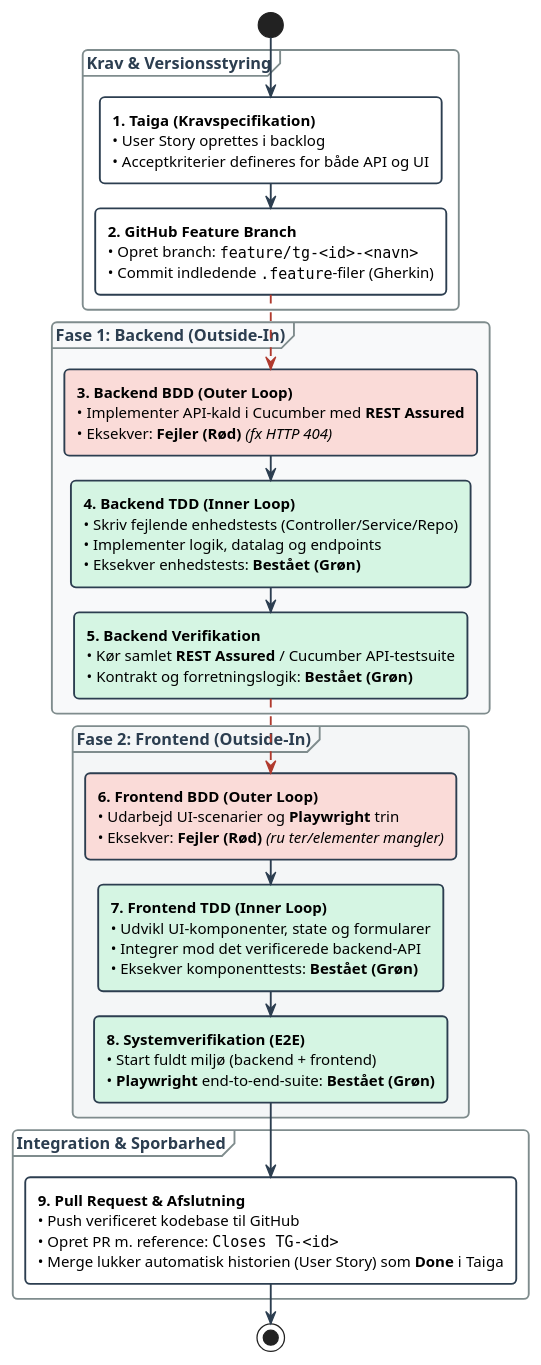
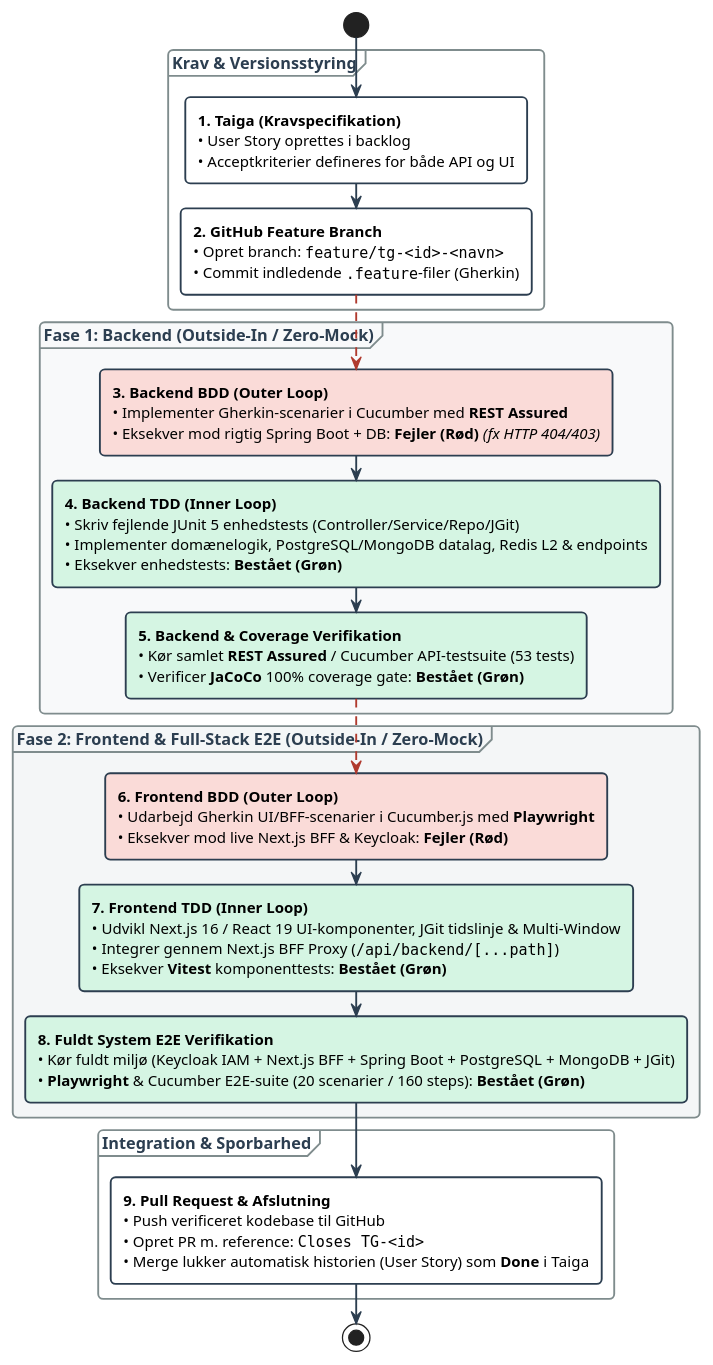
One commit to 7-3-N-3-7/api changed the diagram in infrastructure/diagrams/bdd-tdd-workflow.puml. Above: the diagram before and after it, drawn with PlantUML. The commit also changed 15 other files, not shown here.

First line of the commit message:
Enhance architecture diagrams and domain models

```diff
--- a/infrastructure/diagrams/bdd-tdd-workflow.puml
+++ b/infrastructure/diagrams/bdd-tdd-workflow.puml
@@ -1,75 +1,75 @@
 @startuml
 skinparam defaultFontName Arial
 skinparam defaultFontSize 12
 skinparam roundCorner 8
 skinparam shadowing false
 skinparam ArrowColor #2C3E50
 skinparam ArrowThickness 1.5
 
 skinparam activity {
     BackgroundColor #FFFFFF
     BorderColor #2C3E50
     BorderThickness 1.5
 }
 
 skinparam partition {
     BorderColor #7F8C8D
     FontColor #2C3E50
     FontStyle bold
     FontSize 13
 }
 
 start
 
 partition "**Krav & Versionsstyring**" {
     :<b>1. Taiga (Kravspecifikation)</b>
     • User Story oprettes i backlog
     • Acceptkriterier defineres for både API og UI;
 
     :<b>2. GitHub Feature Branch</b>
     • Opret branch: ""feature/tg-<id>-<navn>""
     • Commit indledende "".feature""-filer (Gherkin);
 }
 
-partition "**Fase 1: Backend (Outside-In)**" #F8F9FA {
+partition "**Fase 1: Backend (Outside-In / Zero-Mock)**" #F8F9FA {
     -[#B03A2E,dashed]->
     #FADBD8:<b>3. Backend BDD (Outer Loop)</b>
-    • Implementer API-kald i Cucumber med **REST Assured**
-    • Eksekver: **Fejler (Rød)** //(fx HTTP 404)//;
+    • Implementer Gherkin-scenarier i Cucumber med **REST Assured**
+    • Eksekver mod rigtig Spring Boot + DB: **Fejler (Rød)** //(fx HTTP 404/403)//;
     
     #D5F5E3:<b>4. Backend TDD (Inner Loop)</b>
-    • Skriv fejlende enhedstests (Controller/Service/Repo)
-    • Implementer logik, datalag og endpoints
+    • Skriv fejlende JUnit 5 enhedstests (Controller/Service/Repo/JGit)
+    • Implementer domænelogik, PostgreSQL/MongoDB datalag, Redis L2 & endpoints
     • Eksekver enhedstests: **Bestået (Grøn)**;
 
-    #D5F5E3:<b>5. Backend Verifikation</b>
-    • Kør samlet **REST Assured** / Cucumber API-testsuite
-    • Kontrakt og forretningslogik: **Bestået (Grøn)**;
+    #D5F5E3:<b>5. Backend & Coverage Verifikation</b>
+    • Kør samlet **REST Assured** / Cucumber API-testsuite (53 tests)
+    • Verificer **JaCoCo** 100% coverage gate: **Bestået (Grøn)**;
 }
 
-partition "**Fase 2: Frontend (Outside-In)**" #F4F6F7 {
+partition "**Fase 2: Frontend & Full-Stack E2E (Outside-In / Zero-Mock)**" #F4F6F7 {
     -[#B03A2E,dashed]->
     #FADBD8:<b>6. Frontend BDD (Outer Loop)</b>
-    • Udarbejd UI-scenarier og **Playwright** trin
-    • Eksekver: **Fejler (Rød)** //(ru ter/elementer mangler)//;
+    • Udarbejd Gherkin UI/BFF-scenarier i Cucumber.js med **Playwright**
+    • Eksekver mod live Next.js BFF & Keycloak: **Fejler (Rød)**;
 
     #D5F5E3:<b>7. Frontend TDD (Inner Loop)</b>
-    • Udvikl UI-komponenter, state og formularer
-    • Integrer mod det verificerede backend-API
-    • Eksekver komponenttests: **Bestået (Grøn)**;
+    • Udvikl Next.js 16 / React 19 UI-komponenter, JGit tidslinje & Multi-Window
+    • Integrer gennem Next.js BFF Proxy (""/api/backend/[...path]"")
+    • Eksekver **Vitest** komponenttests: **Bestået (Grøn)**;
 
-    #D5F5E3:<b>8. Systemverifikation (E2E)</b>
-    • Start fuldt miljø (backend + frontend)
-    • **Playwright** end-to-end-suite: **Bestået (Grøn)**;
+    #D5F5E3:<b>8. Fuldt System E2E Verifikation</b>
+    • Kør fuldt miljø (Keycloak IAM + Next.js BFF + Spring Boot + PostgreSQL + MongoDB + JGit)
+    • **Playwright** & Cucumber E2E-suite (20 scenarier / 160 steps): **Bestået (Grøn)**;
 }
 
 partition "**Integration & Sporbarhed**" {
     :<b>9. Pull Request & Afslutning</b>
     • Push verificeret kodebase til GitHub
     • Opret PR m. reference: ""Closes TG-<id>""
     • Merge lukker automatisk historien (User Story) som **Done** i Taiga;
 
 }
 
 stop
 @enduml
```
